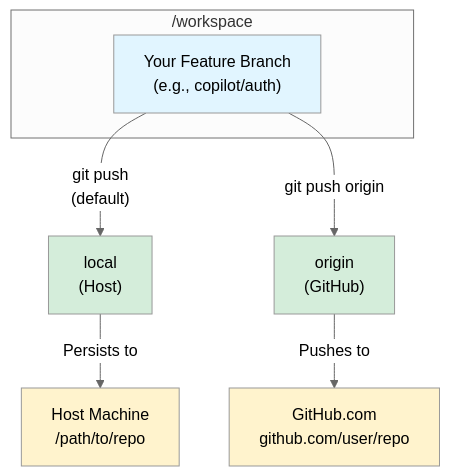
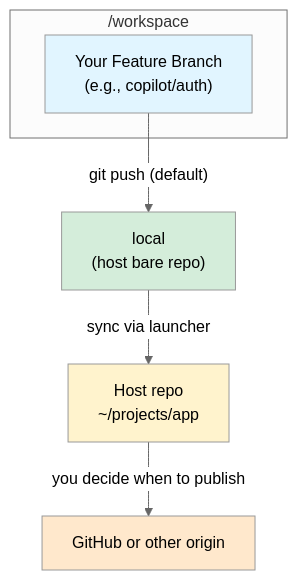
The third of 3 diagrams in docs/usage/inside-containers.md (novotnyllc/ContainAI), drawn with Mermaid (neutral theme) before and after one commit. The commit also changed other lines of this file and 15 other files, not shown here.

First line of the commit message:
Enhance local remote management and synchronization in containerized git workflows

````diff
--- a/docs/usage/inside-containers.md
+++ b/docs/usage/inside-containers.md
@@ -75,18 +75,15 @@
 ```mermaid
 graph TB
-    subgraph Container["/workspace"]
-        Branch["Your Feature Branch<br/>(e.g., copilot/auth)"]
-    end
-    
-    Branch -->|"git push<br/>(default)"| Local["local<br/>(Host)"]
-    Branch -->|"git push origin"| Origin["origin<br/>(GitHub)"]
-    
-    Local -->|"Persists to"| HostMachine["Host Machine<br/>/path/to/repo"]
-    Origin -->|"Pushes to"| GitHub["GitHub.com<br/>github.com/user/repo"]
-    
-    style Branch fill:#e1f5ff
-    style Local fill:#d4edda
-    style Origin fill:#d4edda
-    style HostMachine fill:#fff3cd
-    style GitHub fill:#fff3cd
+   subgraph Container["/workspace"]
+      Branch["Your Feature Branch<br/>(e.g., copilot/auth)"]
+   end
+
+   Branch -->|"git push (default)"| Local["local<br/>(host bare repo)"]
+   Local -->|"sync via launcher"| HostRepo["Host repo<br/>~/projects/app"]
+   HostRepo -->|"you decide when to publish"| GitHub["GitHub or other origin"]
+
+   style Branch fill:#e1f5ff
+   style Local fill:#d4edda
+   style HostRepo fill:#fff3cd
+   style GitHub fill:#ffe8cc
 ```
````
